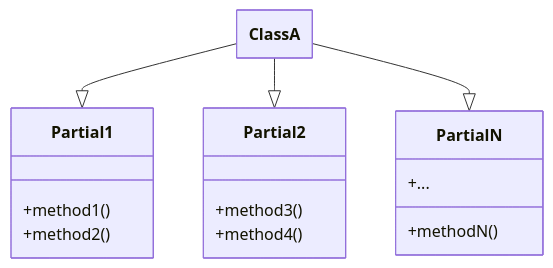
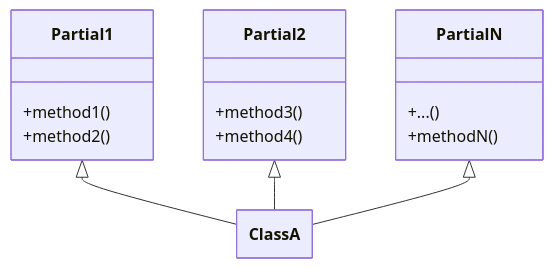
The first of 3 diagrams in tests/spec-001--class-composition-with-partial-classes.md (thecodecrate/python-pipeline), drawn with Mermaid before and after one commit. The commit also changed other lines of this file and 2 other files, not shown here.

````diff
--- a/tests/spec-001--class-composition-with-partial-classes.md
+++ b/tests/spec-001--class-composition-with-partial-classes.md
@@ -13,28 +13,29 @@
 ```mermaid
 ---
 config:
     class:
         hideEmptyMembersBox: true
 ---
 classDiagram
-    class Partial1 {
+    class Partial1:::partial {
         +method1()
         +method2()
     }
 
-    class Partial2 {
+    class Partial2:::partial {
         +method3()
         +method4()
     }
 
-    class PartialN {
-        +...
+    class PartialN:::partial {
+        +...()
         +methodN()
     }
 
-    class ClassA
+    class ClassA:::composed {
+    }
 
-    ClassA --|> Partial1
-    ClassA --|> Partial2
-    ClassA --|> PartialN
+    Partial1 <|-- ClassA
+    Partial2 <|-- ClassA
+    PartialN <|-- ClassA
 ```
````
